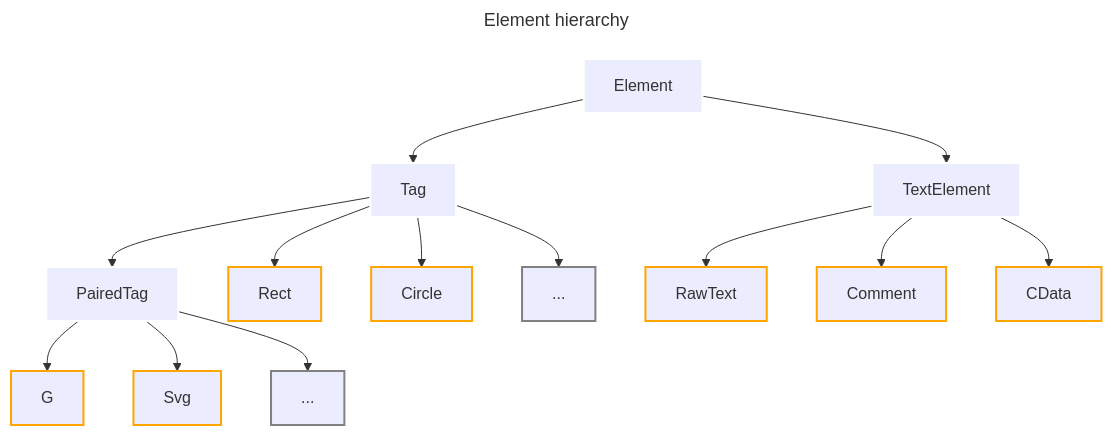
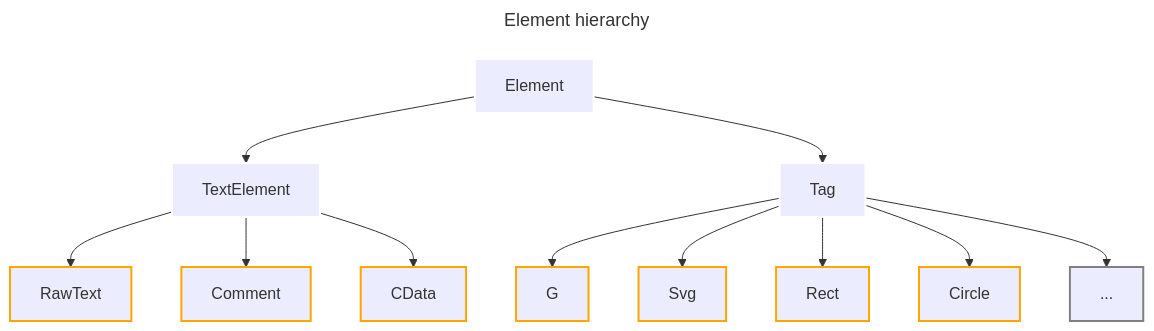
One commit to reznakt/svglab changed the diagram in README.md. Above: the diagram before and after it, drawn with Mermaid. The commit also changed 6 other files, not shown here.

Commit message:
Merge Tag and PairedTag into a single Tag class

````diff
--- a/README.md
+++ b/README.md
@@ -71,30 +71,25 @@
 ```mermaid
 ---
 title: Element hierarchy
 ---
 
 graph TD
   Element:::abc --> TextElement
   Element --> Tag
 
-  Tag:::abc --> PairedTag
-
-  PairedTag:::abc --> G
-  PairedTag --> Svg
-  PairedTag --> etc1[...]
-
+  Tag:::abc --> G
+  Tag --> Svg
   Tag --> Rect
   Tag --> Circle
-  Tag --> etc2[...]
+  Tag --> etc1[...]
 
   TextElement:::abc --> RawText
   TextElement --> Comment
   TextElement --> CData
 
   etc1:::etc
-  etc2:::etc
 
   classDef abc stroke:white,stroke-width:2px;
   classDef etc stroke:gray,stroke-width:2px;
   classDef default stroke:orange,stroke-width:2px;
 ```
````
